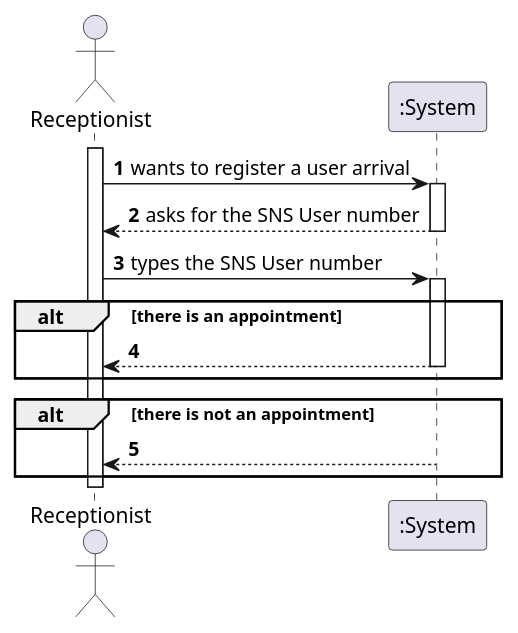
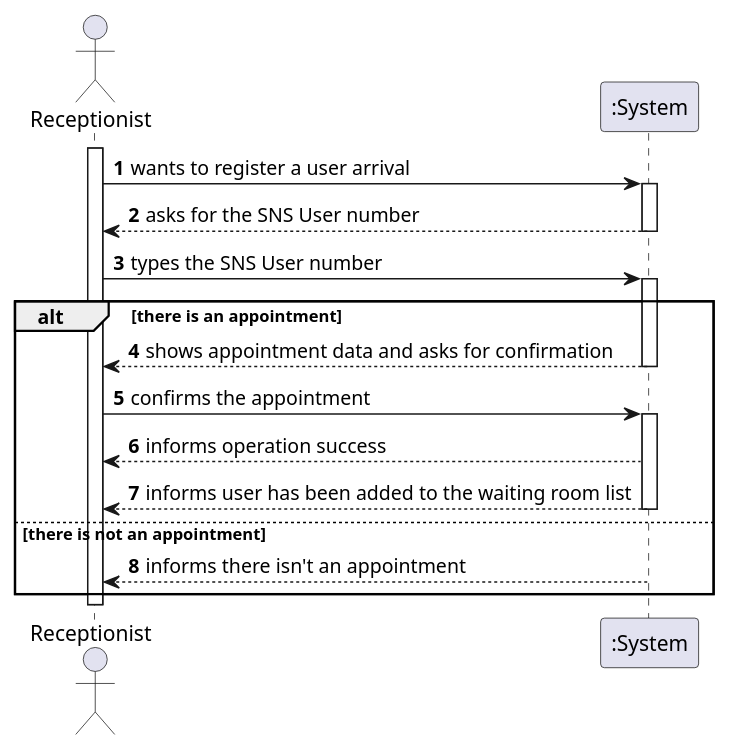
Before and after one commit to miseEnPlace-i/lapr2: the diagram in docs/SprintC/US04/SSD/US04_SSD.puml, drawn with PlantUML.

Commit message:
docs(US04): update SSD

```diff
--- a/docs/SprintC/US04/SSD/US04_SSD.puml
+++ b/docs/SprintC/US04/SSD/US04_SSD.puml
@@ -1,28 +1,33 @@
 @startuml US04_SSD
 autonumber
+
 actor "Receptionist" as RECEPT
 
 activate RECEPT
 RECEPT -> ":System" : wants to register a user arrival
 
 activate ":System"
 ":System" --> RECEPT : asks for the SNS User number
 deactivate ":System"
 
 RECEPT -> ":System" : types the SNS User number
 
 alt there is an appointment
   activate ":System"
-  ":System" --> RECEPT : 
+  ":System" --> RECEPT : shows appointment data and asks for confirmation
   deactivate ":System"
-end
 
-alt there is not an appointment
+  RECEPT -> ":System" : confirms the appointment
+
   activate ":System"
-  ":System" --> RECEPT : 
+  ":System" --> RECEPT : informs operation success
+  ":System" --> RECEPT : informs user has been added to the waiting room list
   deactivate ":System"
+
+else there is not an appointment
+  ":System" --> RECEPT : informs there isn't an appointment
 end
 
 deactivate RECEPT
 
 @enduml
```
